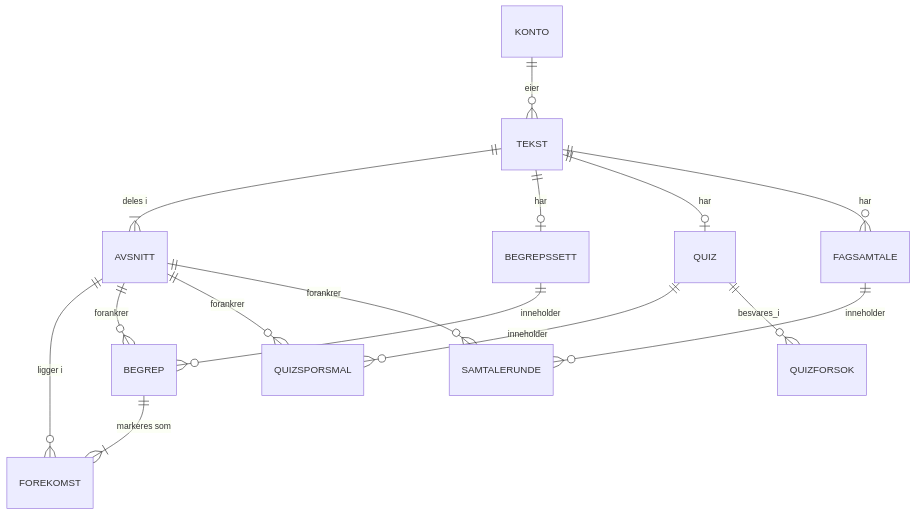
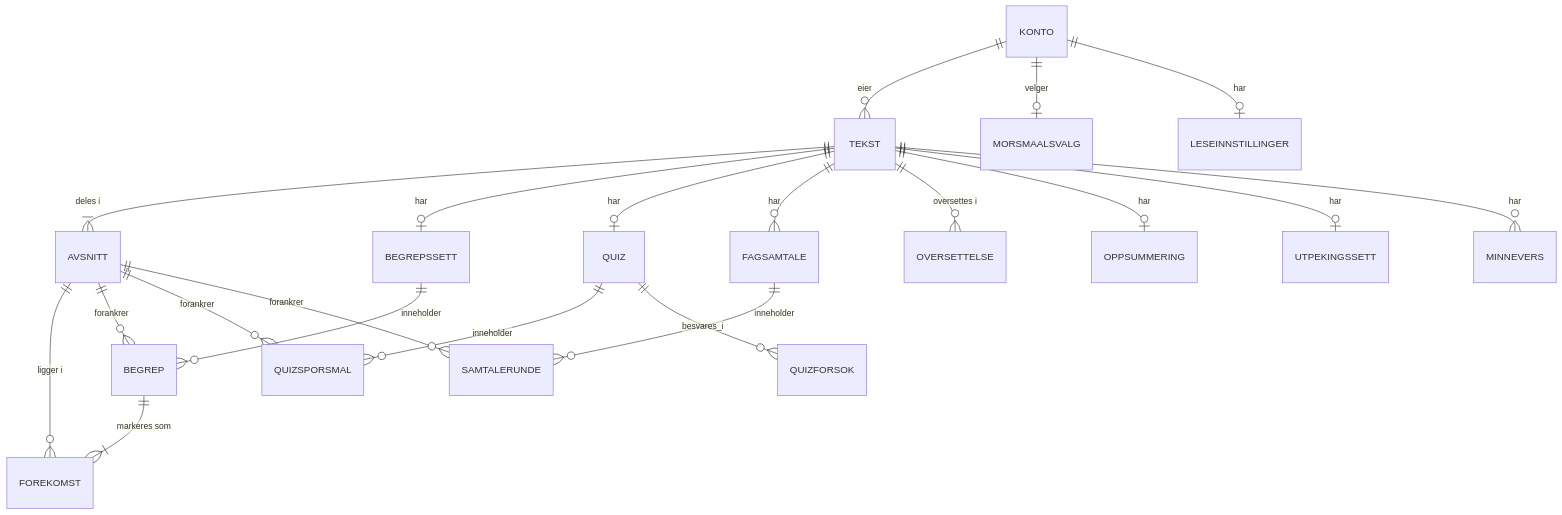
The third of 3 diagrams in _bmad-output/planning-artifacts/arkitektur-lesevenn.md (IBE160-2026/G129-handeland), drawn with Mermaid before and after one commit. The commit also changed other lines of this file and 2 other files, not shown here.

````diff
--- a/_bmad-output/planning-artifacts/arkitektur-lesevenn.md
+++ b/_bmad-output/planning-artifacts/arkitektur-lesevenn.md
@@ -260,17 +281,23 @@
 ```mermaid
 erDiagram
     KONTO ||--o{ TEKST : eier
     TEKST ||--|{ AVSNITT : "deles i"
     TEKST ||--o| BEGREPSSETT : har
     BEGREPSSETT ||--o{ BEGREP : inneholder
     BEGREP ||--|{ FOREKOMST : "markeres som"
     AVSNITT ||--o{ FOREKOMST : "ligger i"
     TEKST ||--o| QUIZ : har
     QUIZ ||--o{ QUIZSPORSMAL : inneholder
     QUIZ ||--o{ QUIZFORSOK : besvares_i
     TEKST ||--o{ FAGSAMTALE : har
     FAGSAMTALE ||--o{ SAMTALERUNDE : inneholder
     AVSNITT ||--o{ BEGREP : forankrer
     AVSNITT ||--o{ QUIZSPORSMAL : forankrer
     AVSNITT ||--o{ SAMTALERUNDE : forankrer
+    KONTO ||--o| MORSMAALSVALG : velger
+    KONTO ||--o| LESEINNSTILLINGER : har
+    TEKST ||--o{ OVERSETTELSE : "oversettes i"
+    TEKST ||--o| OPPSUMMERING : har
+    TEKST ||--o| UTPEKINGSSETT : har
+    TEKST ||--o{ MINNEVERS : har
 ```
````
